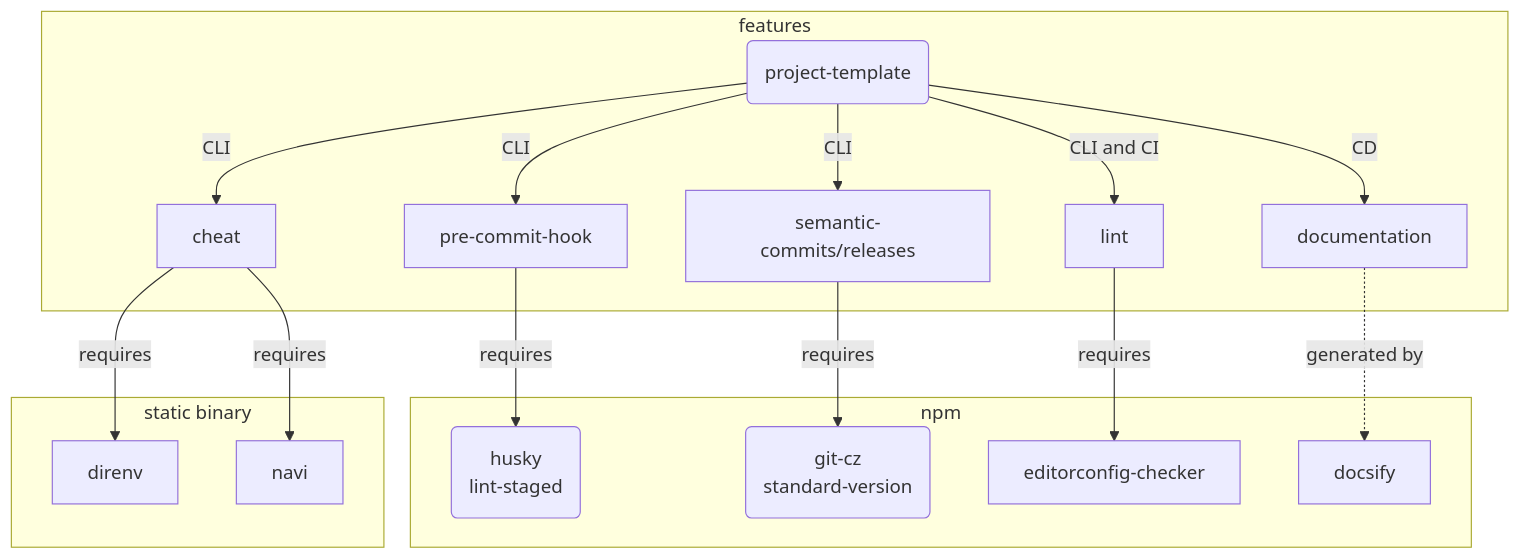
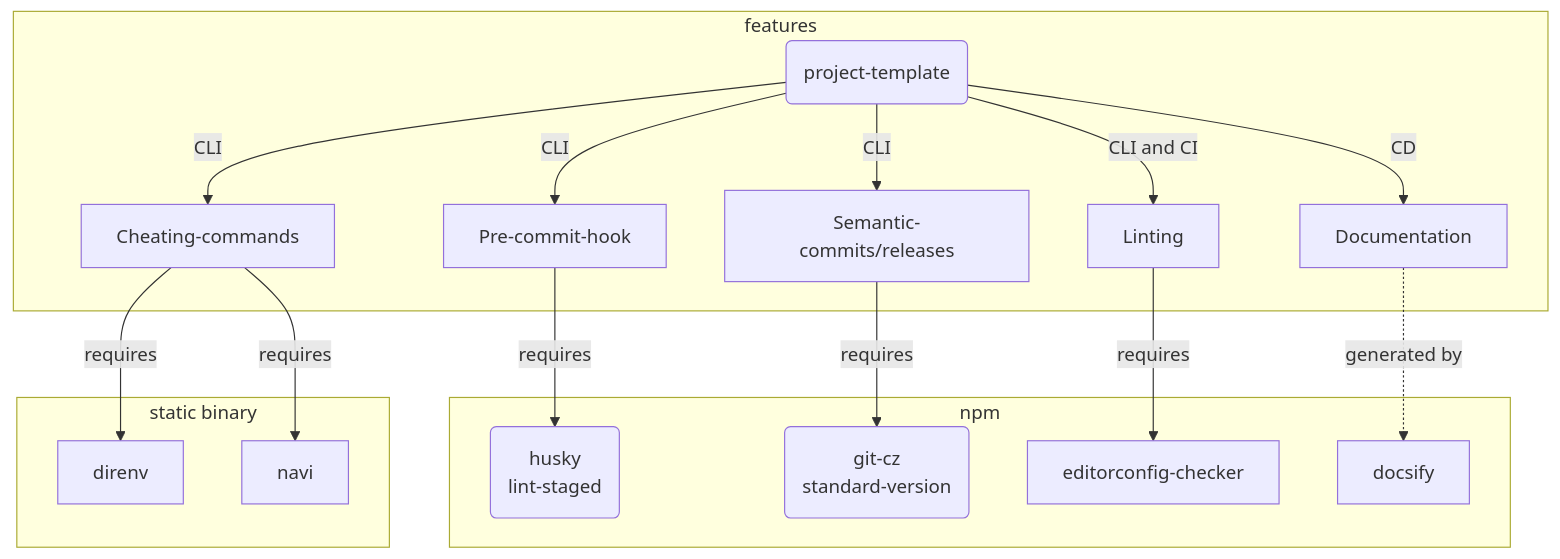
One commit to Torimune29/rust-project-template changed the diagram in README.md. Above: the diagram before and after it, drawn with Mermaid. The commit also changed other lines of this file and 1 other file, not shown here.

````diff
--- a/README.md
+++ b/README.md
@@ -22,24 +28,24 @@
 ```mermaid
 flowchart TB
     repo(project-template)
     precommit(husky<br>lint-staged)
     commit(git-cz<br>standard-version)
     repo
     subgraph features
-        repo --CLI--> pre-commit-hook
-        repo --CLI--> cheat
-        repo --CLI--> semantic-commits/releases
-        repo --CLI and CI--> lint
-        repo --CD--> documentation
+        repo --CLI--> Pre-commit-hook
+        repo --CLI--> Cheating-commands
+        repo --CLI--> Semantic-commits/releases
+        repo --CLI and CI--> Linting
+        repo --CD--> Documentation
     end
     subgraph npm
-        pre-commit-hook --requires --> precommit
-        semantic-commits/releases --requires-->commit
-        lint --requires--> editorconfig-checker
-        documentation -.generated by.-> docsify
+        Pre-commit-hook --requires --> precommit
+        Semantic-commits/releases --requires-->commit
+        Linting --requires--> editorconfig-checker
+        Documentation -.generated by.-> docsify
     end
     subgraph static binary
-        cheat --requires--> direnv
-        cheat --requires--> navi
+        Cheating-commands --requires--> direnv
+        Cheating-commands --requires--> navi
     end
 ```
````
